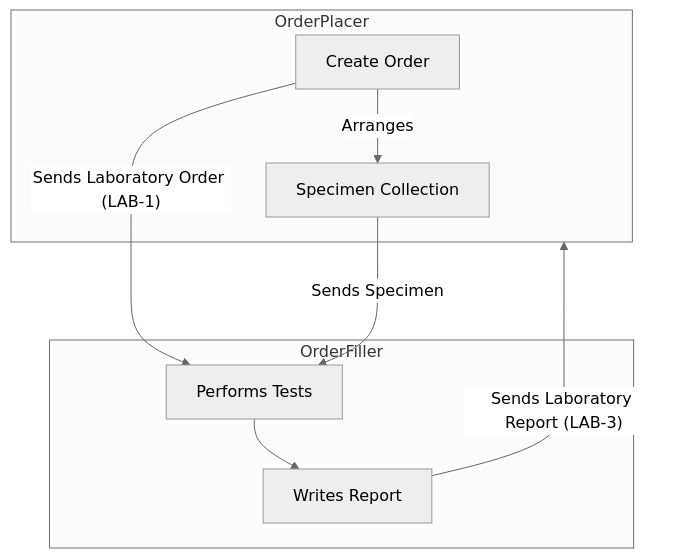
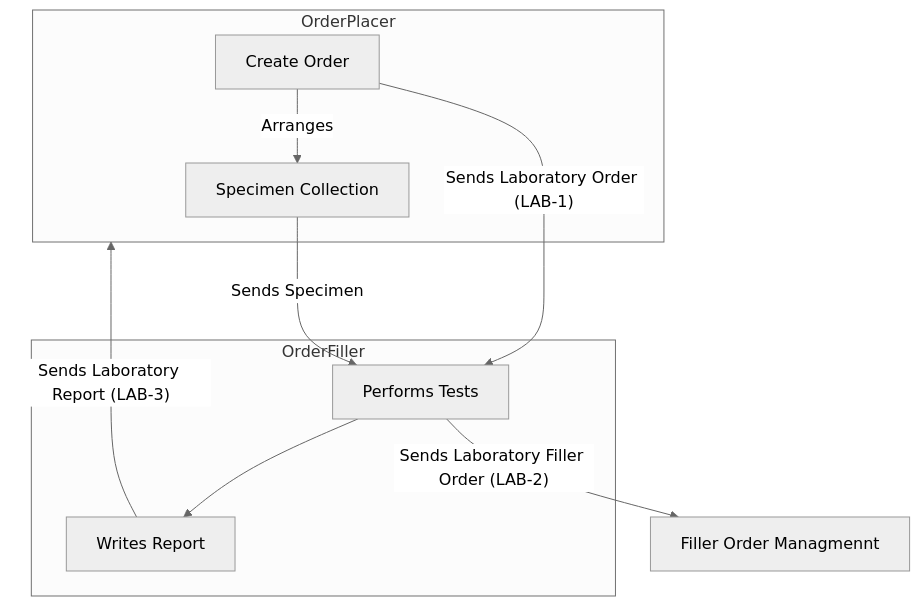
The second of 14 diagrams in input/pagecontent/LTW.md (nw-gmsa/nw-gmsa.github.com), drawn with Mermaid (neutral theme) before and after one commit. The commit also changed other lines of this file, not shown here.

Commit message:
TLW refactor

````diff
--- a/input/pagecontent/LTW.md
+++ b/input/pagecontent/LTW.md
@@ -52,15 +54,18 @@
 ```mermaid
 graph 
     subgraph OrderPlacer;
         T["Create Order "]
         T --> |Arranges| S[Specimen Collection] 
     end
     subgraph OrderFiller
         AN["Performs Tests"]
-         AN --> P["Writes Report"];
+
+        AN --> P["Writes Report"];
     end
+    FM[Filler Order Managmennt]
+
     T --> |"Sends Laboratory Order (LAB-1)"| AN;
     S --> |Sends Specimen| AN;
-   
+    AN --> |"Sends Laboratory Filler Order (LAB-2)"| FM;
     P --> |"Sends Laboratory Report (LAB-3)"| OrderPlacer;
 ```
````
